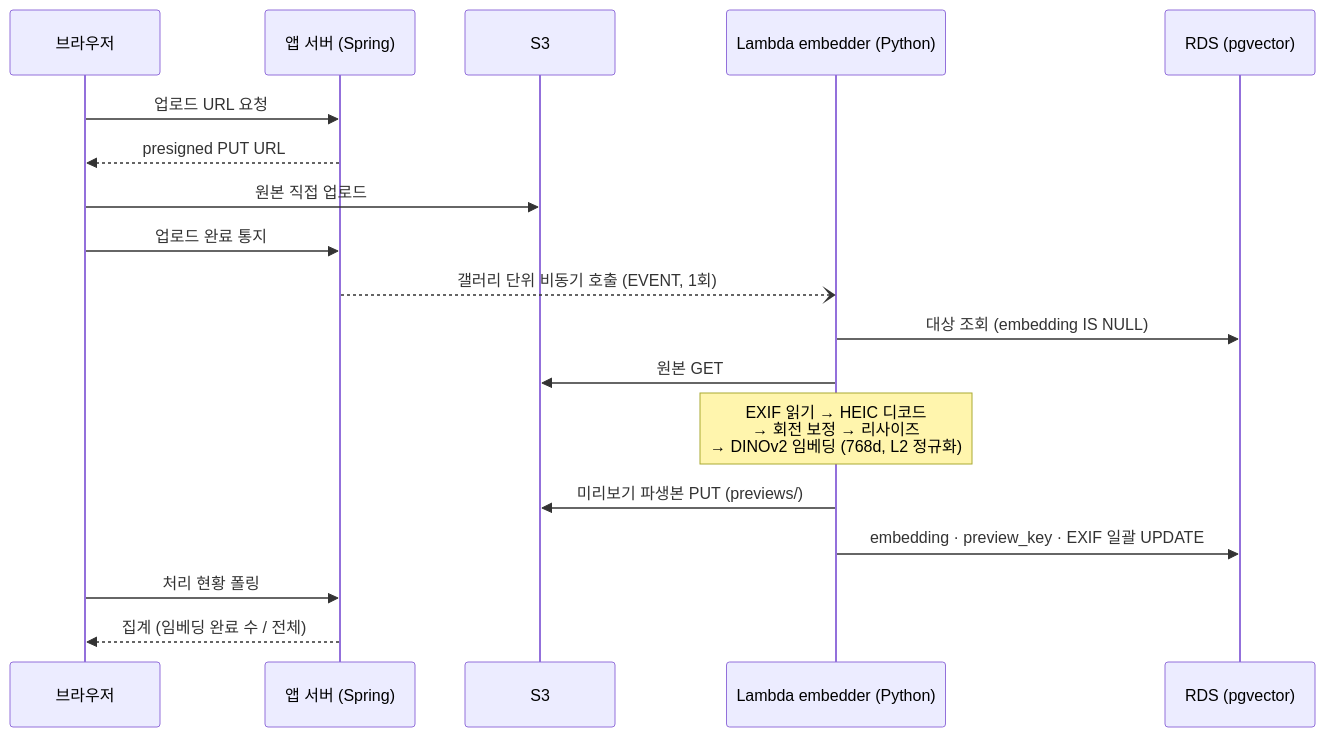
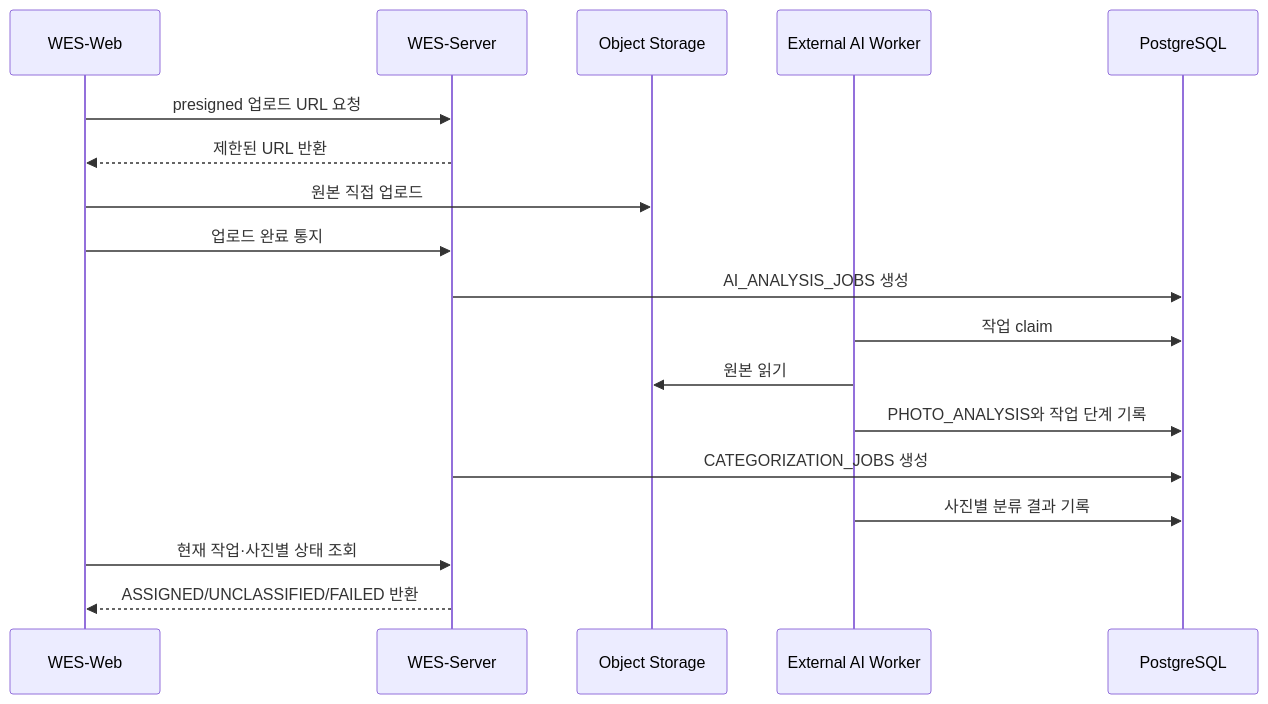
The diagram in docs/tech/ai-pipeline.md (organic-agent/WES-DOCS), drawn with Mermaid before and after one commit. The commit also changed other lines of this file and 50 other files, not shown here.

First line of the commit message:
docs: 최종 제품 모델과 계층형 ERD 정합화 (#1)

````diff
--- a/docs/tech/ai-pipeline.md
+++ b/docs/tech/ai-pipeline.md
@@ -13,21 +13,21 @@
 ```mermaid
 sequenceDiagram
-    participant B as 브라우저
-    participant API as 앱 서버 (Spring)
-    participant S3 as S3
-    participant L as Lambda embedder (Python)
-    participant DB as RDS (pgvector)
+    participant B as WES-Web
+    participant API as WES-Server
+    participant S3 as Object Storage
+    participant W as External AI Worker
+    participant DB as PostgreSQL
 
-    B->>API: 업로드 URL 요청
-    API-->>B: presigned PUT URL
+    B->>API: presigned 업로드 URL 요청
+    API-->>B: 제한된 URL 반환
     B->>S3: 원본 직접 업로드
     B->>API: 업로드 완료 통지
-    API--)L: 갤러리 단위 비동기 호출 (EVENT, 1회)
-    L->>DB: 대상 조회 (embedding IS NULL)
-    L->>S3: 원본 GET
-    Note over L: EXIF 읽기 → HEIC 디코드<br/>→ 회전 보정 → 리사이즈<br/>→ DINOv2 임베딩 (768d, L2 정규화)
-    L->>S3: 미리보기 파생본 PUT (previews/)
-    L->>DB: embedding · preview_key · EXIF 일괄 UPDATE
-    B->>API: 처리 현황 폴링
-    API-->>B: 집계 (임베딩 완료 수 / 전체)
+    API->>DB: AI_ANALYSIS_JOBS 생성
+    W->>DB: 작업 claim
+    W->>S3: 원본 읽기
+    W->>DB: PHOTO_ANALYSIS와 작업 단계 기록
+    API->>DB: CATEGORIZATION_JOBS 생성
+    W->>DB: 사진별 분류 결과 기록
+    B->>API: 현재 작업·사진별 상태 조회
+    API-->>B: ASSIGNED/UNCLASSIFIED/FAILED 반환
 ```
````
